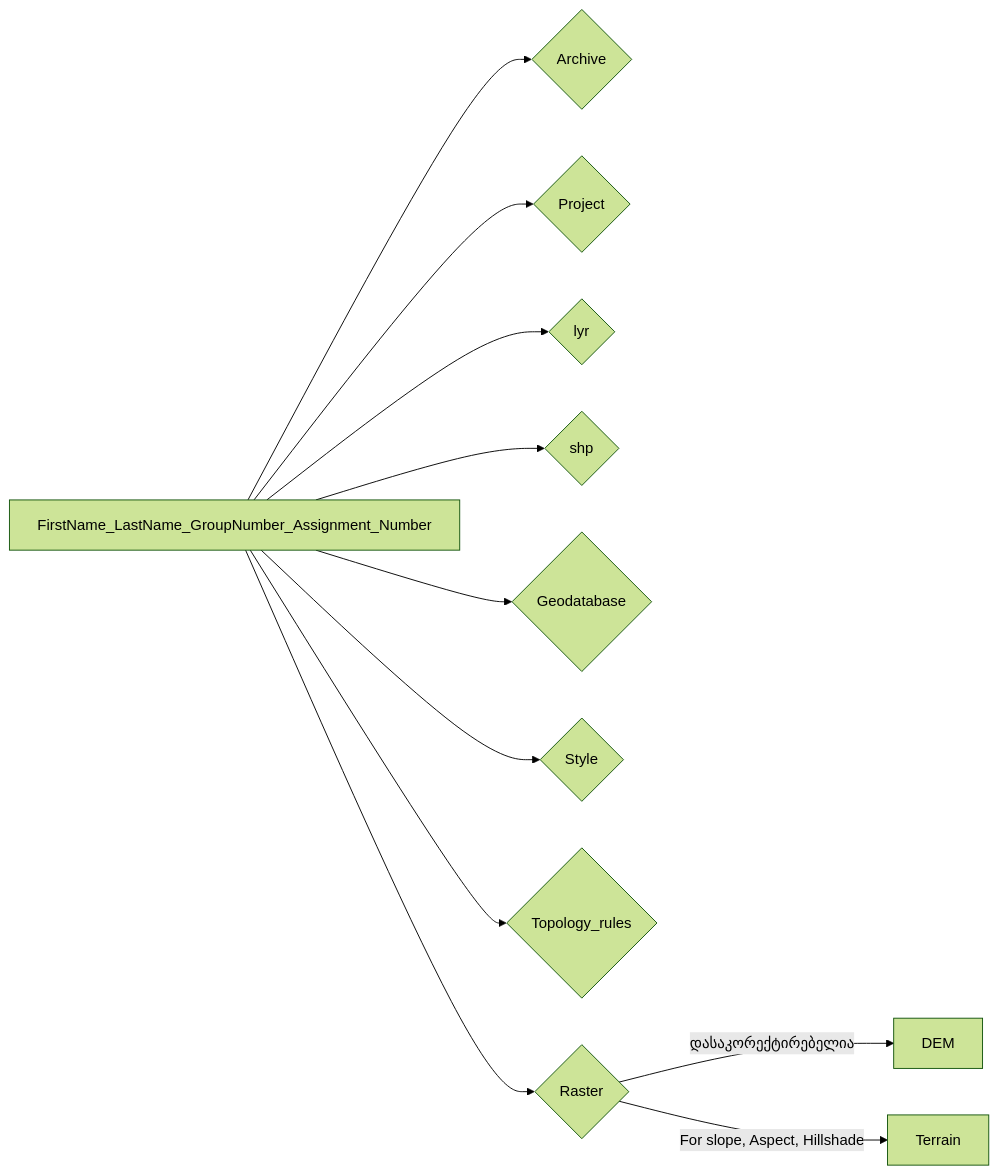
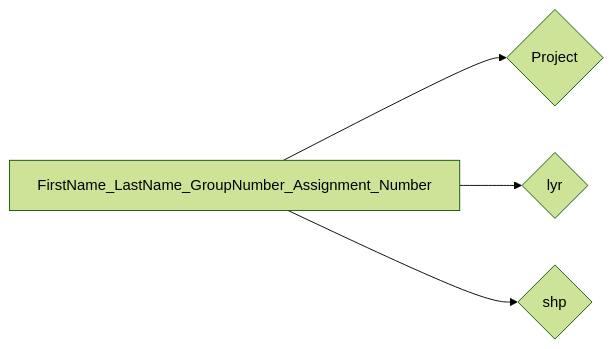
Before and after one commit to ezdanapak/GTU-GIS: the diagram in docs/ICS_GIS/Lab/Geodatabase.md, drawn with Mermaid (forest theme). The commit also changed other lines of this file and 2 other files, not shown here.

````diff
--- a/docs/ICS_GIS/Lab/Geodatabase.md
+++ b/docs/ICS_GIS/Lab/Geodatabase.md
@@ -60,13 +60,6 @@
 ``` mermaid
 graph LR
-  A[FirstName_LastName_GroupNumber_Assignment_Number] --> B{Archive};
-  A[FirstName_LastName_GroupNumber_Assignment_Number] --> C{Project};
-  A[FirstName_LastName_GroupNumber_Assignment_Number] --> D{lyr};
-  A[FirstName_LastName_GroupNumber_Assignment_Number] --> E{shp};
-  A[FirstName_LastName_GroupNumber_Assignment_Number] --> F{Geodatabase};
-  A[FirstName_LastName_GroupNumber_Assignment_Number] --> G{Style};
-  A[FirstName_LastName_GroupNumber_Assignment_Number] --> H{Topology_rules};
-  A[FirstName_LastName_GroupNumber_Assignment_Number] --> I{Raster};
-  I -->|დასაკორექტირებელია| J[DEM];
-  I -->|For slope, Aspect, Hillshade| K[Terrain];
+  A[FirstName_LastName_GroupNumber_Assignment_Number] --> B{Project};
+  A[FirstName_LastName_GroupNumber_Assignment_Number] --> C{lyr};
+  A[FirstName_LastName_GroupNumber_Assignment_Number] --> D{shp};
 ```
````
